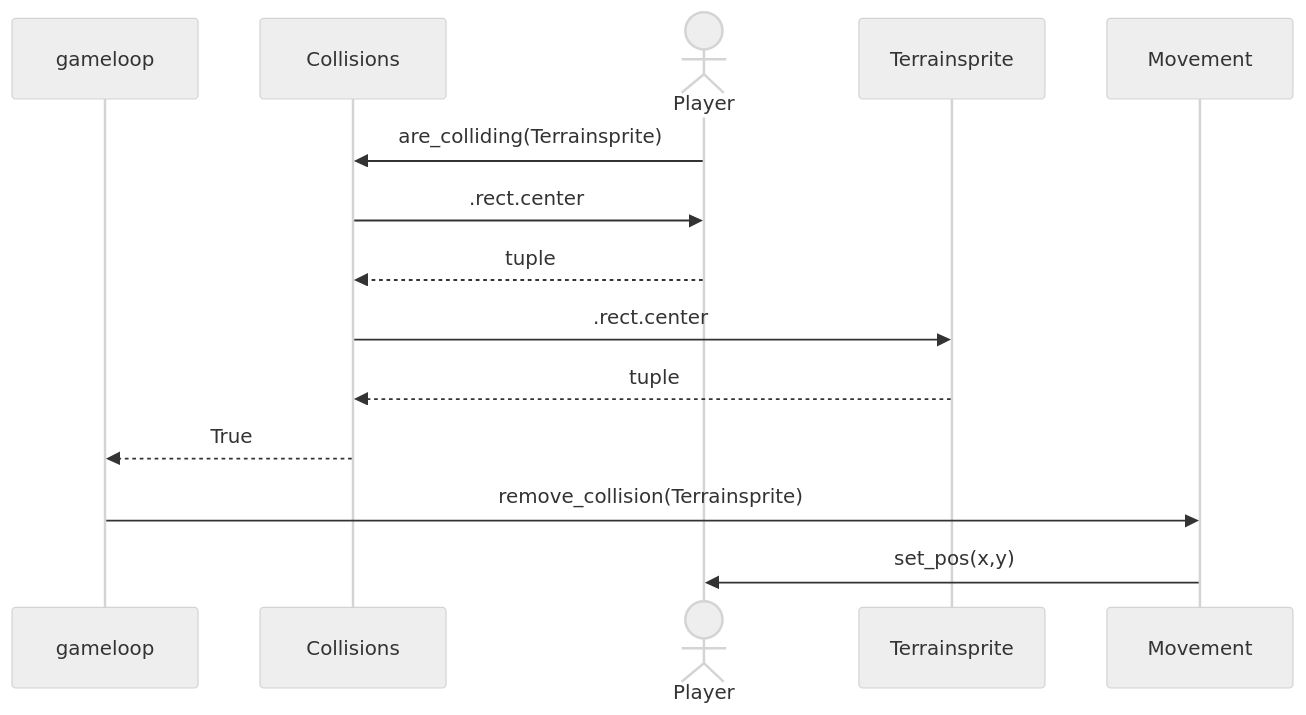
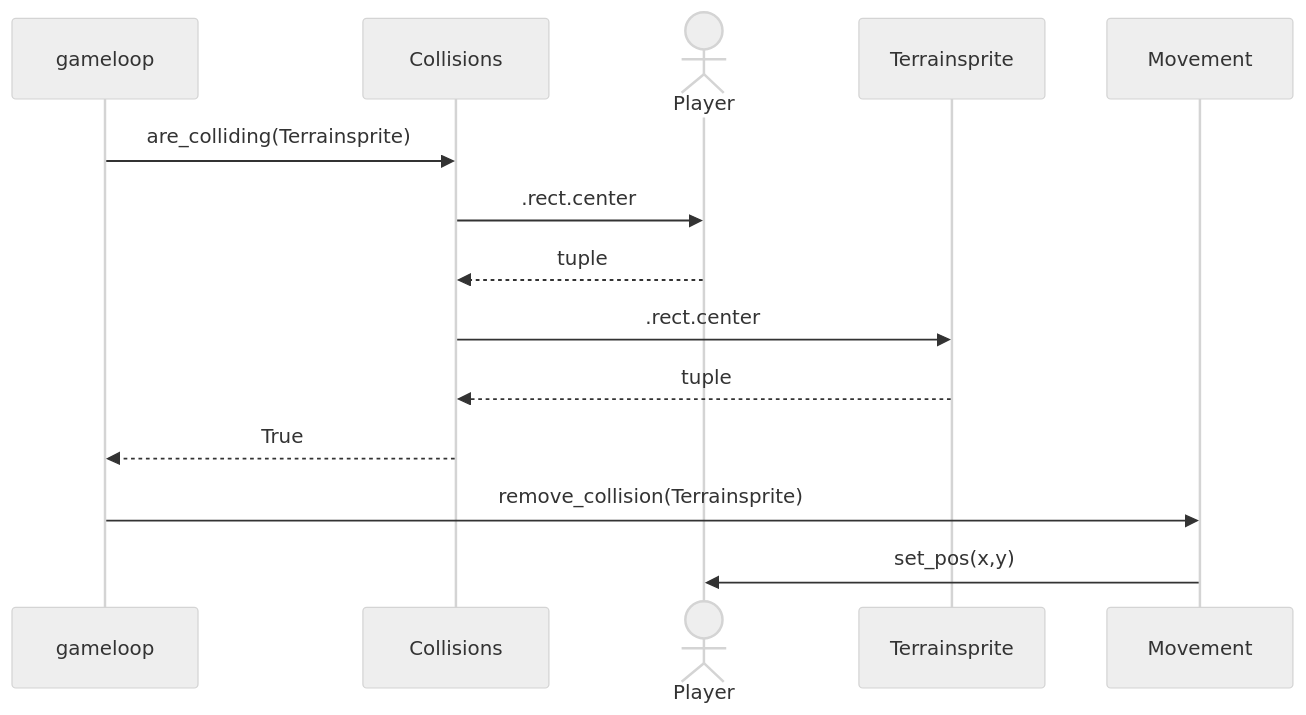
One commit to VehvilainenPooki/OTProjekti changed the diagram in Payload_adventure_game/Documentation/Payload_adventure_game.md. Above: the diagram before and after it, drawn with Mermaid (neutral theme).

````diff
--- a/Payload_adventure_game/Documentation/Payload_adventure_game.md
+++ b/Payload_adventure_game/Documentation/Payload_adventure_game.md
@@ -33,16 +33,16 @@
 ```mermaid
 sequenceDiagram
   participant gameloop
   participant Collisions
   actor Player
   participant Terrainsprite
   participant Movement
-  Player->>Collisions: are_colliding(Terrainsprite)
+  gameloop->>Collisions: are_colliding(Terrainsprite)
   Collisions->>Player: .rect.center
   Player-->>Collisions: tuple
   Collisions->>Terrainsprite: .rect.center
   Terrainsprite-->>Collisions: tuple
   Collisions-->>gameloop: True
   gameloop->>Movement: remove_collision(Terrainsprite)
   Movement->>Player: set_pos(x,y)
 ```
````
